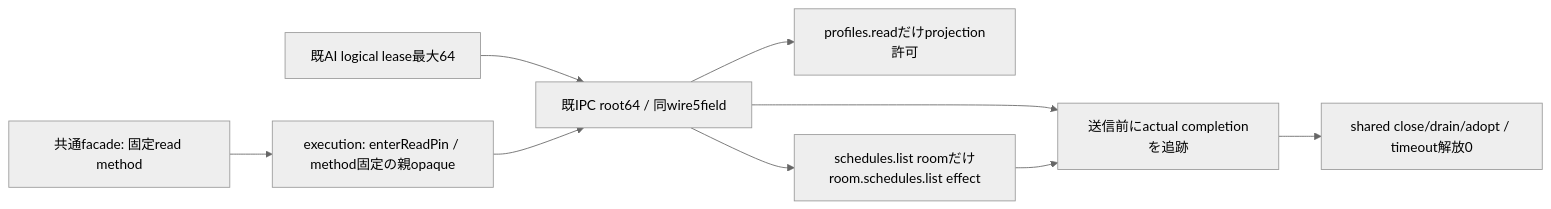
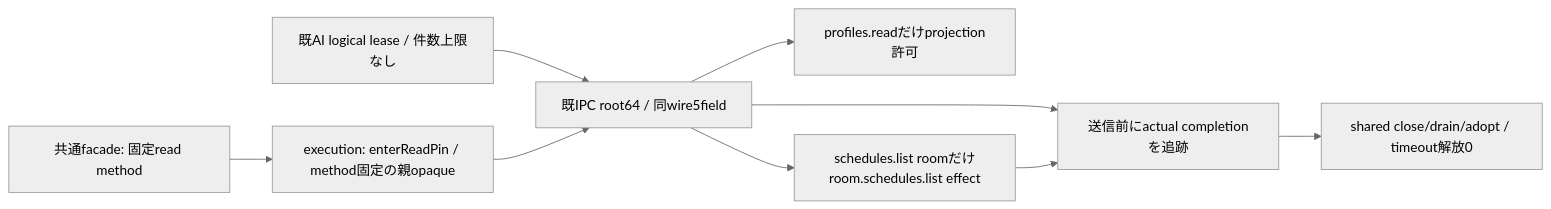
The second of 2 diagrams in docs/architecture/modules/runtime/members-process.md (kitepon/BellTeam), drawn with Mermaid (neutral theme) before and after one commit. The commit also changed 5 other files, not shown here.

````diff
--- a/docs/architecture/modules/runtime/members-process.md
+++ b/docs/architecture/modules/runtime/members-process.md
@@ -54,11 +54,11 @@
 ```mermaid
 flowchart LR
   Fresh[共通facade: 固定read method] --> Pin[execution: enterReadPin / method固定の親opaque]
-  AI[既AI logical lease最大64] --> Channel[既IPC root64 / 同wire5field]
+  AI[既AI logical lease / 件数上限なし] --> Channel[既IPC root64 / 同wire5field]
   Pin --> Channel
   Channel --> Snapshot[profiles.readだけprojection許可]
   Channel --> Room[schedules.list roomだけroom.schedules.list effect]
   Channel --> Complete[送信前にactual completionを追跡]
   Room --> Complete
   Complete --> Drain[shared close/drain/adopt / timeout解放0]
 ```
````
